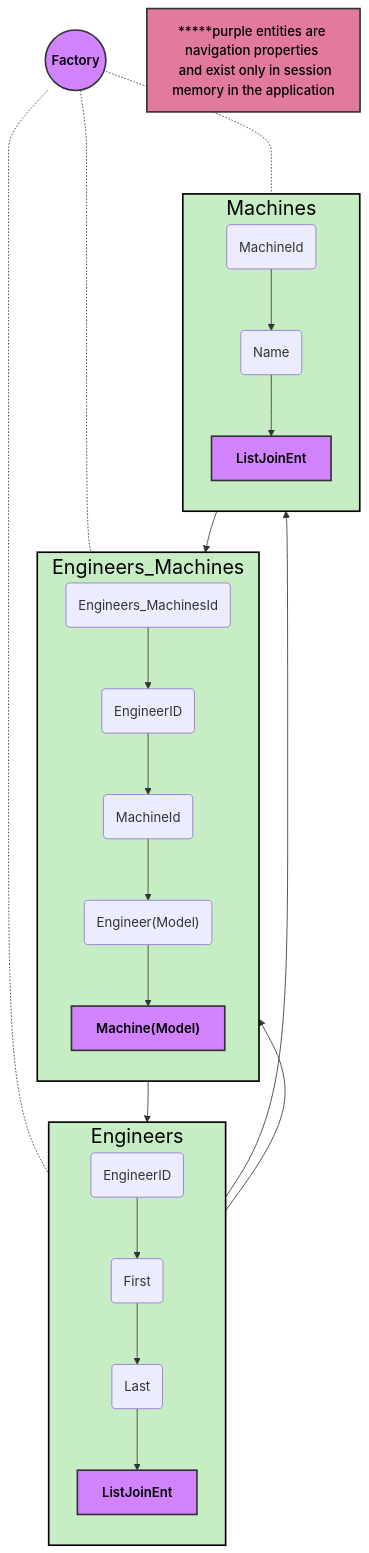
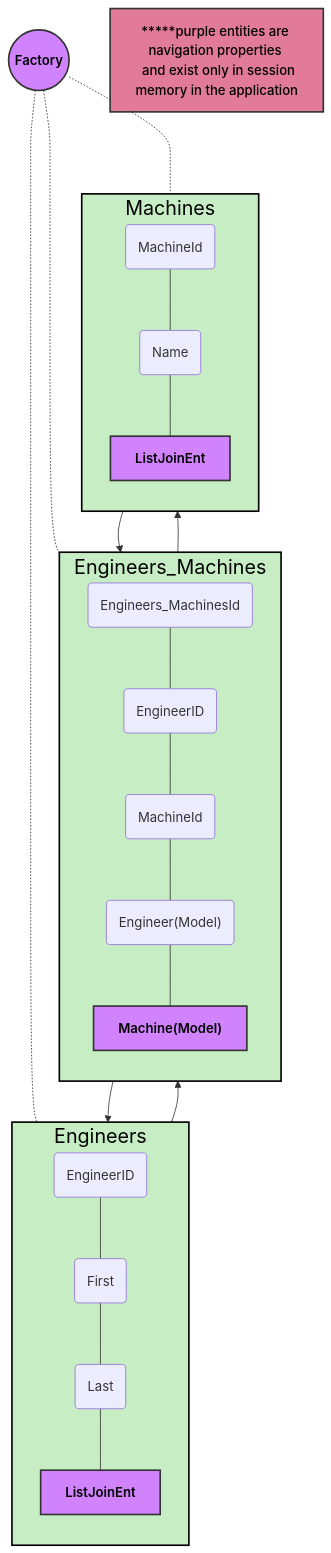
One commit to johnedisc/sillystringz_factory changed the second of 2 diagrams in README.md. Above: the diagram before and after it, drawn with Mermaid. The commit also changed other lines of this file, not shown here.

Commit message:
modify chart

````diff
--- a/README.md
+++ b/README.md
@@ -10,63 +38,63 @@
-``` mermaid
+```mermaid
 flowchart TB
 
   DB((Factory))
 
   subgraph Engineers
     direction TB
-    eng1("EngineerID") -->
-    eng2("First") -->
-    eng3("Last") -->
+    eng1("EngineerID") ---
+    eng2("First") ---
+    eng3("Last") ---
     eng4["List<Engineers_Machines>JoinEnt"]
   end
 
   subgraph Engineers_Machines
       direction TB
-      em1("Engineers_MachinesId") -->
-      em2("EngineerID") -->
-      em3("MachineId") -->
-      em4("Engineer(Model)") -->
+      em1("Engineers_MachinesId") ---
+      em2("EngineerID") ---
+      em3("MachineId") ---
+      em4("Engineer(Model)") ---
       em5["Machine(Model)"]
   end
 
   subgraph Machines
       direction TB
-      mac1("MachineId") -->
-      mac2("Name") -->
+      mac1("MachineId") ---
+      mac2("Name") ---
       mac3["List<Engineers_Machines>JoinEnt"]
   end
 
 
   DB ..- Engineers
   DB ..- Machines
   DB ..- Engineers_Machines
   em5 --> eng4
-  eng4 --> mac3
+  em5 --> mac3
   eng1 --> em2
   mac1 --> em3
 
  %% Class Colors %%
   Note:::pink
   Engineers:::tropical
   Machines:::tropical
   Engineers_Machines:::tropical
   DB:::purple
   eng4:::purple
   mac3:::purple
   em5:::purple
 
   %% Colors %%
 
   classDef tropical fill:#C6EDC3,stroke:#000,stroke-width:2px,font-size:1.5rem,color:black
   classDef blue fill:#131761,stroke:#000,stroke-width:2px,font-size:1.5rem,color:#fff
   classDef orange fill:#ECA762,stroke:#000,stroke-width:2px,color:black,font-size:1.5rem
   classDef red fill:#FF303B,stroke:#000,stroke-width:2px,color:#fff
   classDef green fill:#027F55,stroke:#000,stroke-width:2px,color:#fff
   classDef pink fill:#E17A9B,stroke:#333,stroke-width:2px,font-size:1rem,font-weight:500,color:black
   classDef forestGreen fill:#027F55,stroke:#333,stroke-width:2px,font-size:3rem,font-weight:700
   classDef yellow fill:#FDF046,stroke:#333,stroke-width:2px,font-size:1.5rem,font-weight:700,color:black
   classDef purple fill:#D183FD,stroke:#333,stroke-width:2px,font-size:1rem,font-weight:600,color:black
 
   Note["*****purple entities are navigation properties 
   and exist only in session memory in the application"]
 ```
````
